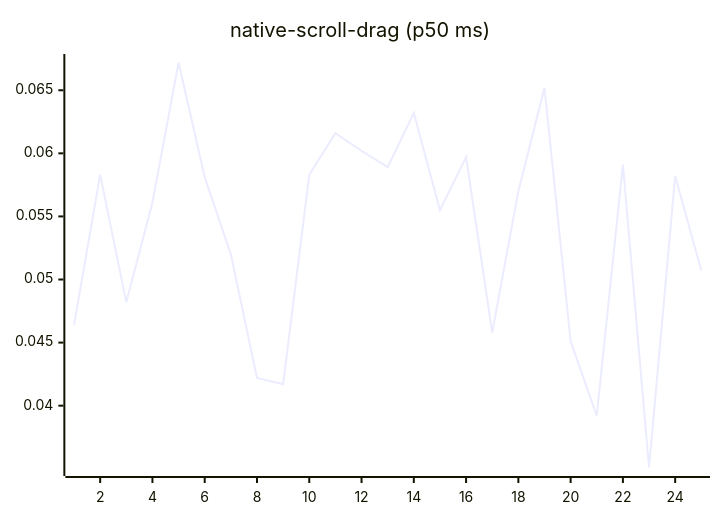
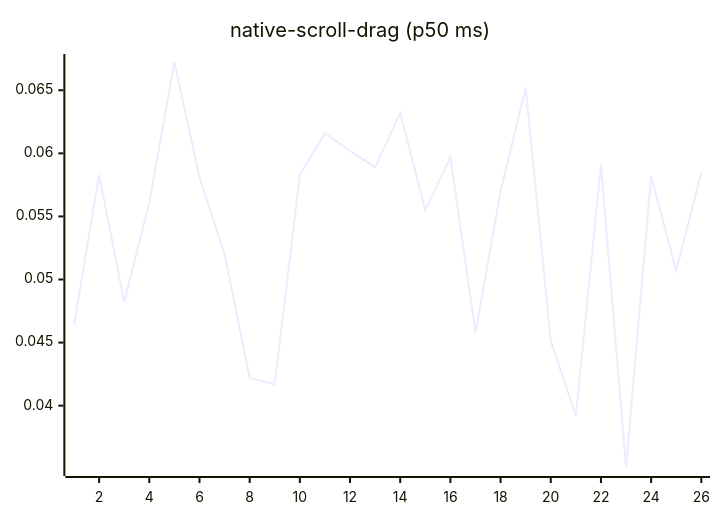
Before and after one commit to josha/Facet: diagram 14 of 27 in README.md, drawn with Mermaid. The commit also changed other lines of this file and 2 other files, not shown here.

````diff
--- a/README.md
+++ b/README.md
@@ -154,6 +154,6 @@
 ```mermaid
 xychart-beta
     title "native-scroll-drag (p50 ms)"
-    x-axis 1 --> 25
-    line [0.0464, 0.0583, 0.0482, 0.0561, 0.0672, 0.0581, 0.0520, 0.0422, 0.0417, 0.0583, 0.0616, 0.0602, 0.0589, 0.0632, 0.0555, 0.0597, 0.0458, 0.0570, 0.0652, 0.0451, 0.0392, 0.0591, 0.0351, 0.0582, 0.0507]
+    x-axis 1 --> 26
+    line [0.0464, 0.0583, 0.0482, 0.0561, 0.0672, 0.0581, 0.0520, 0.0422, 0.0417, 0.0583, 0.0616, 0.0602, 0.0589, 0.0632, 0.0555, 0.0597, 0.0458, 0.0570, 0.0652, 0.0451, 0.0392, 0.0591, 0.0351, 0.0582, 0.0507, 0.0585]
 ```
````
